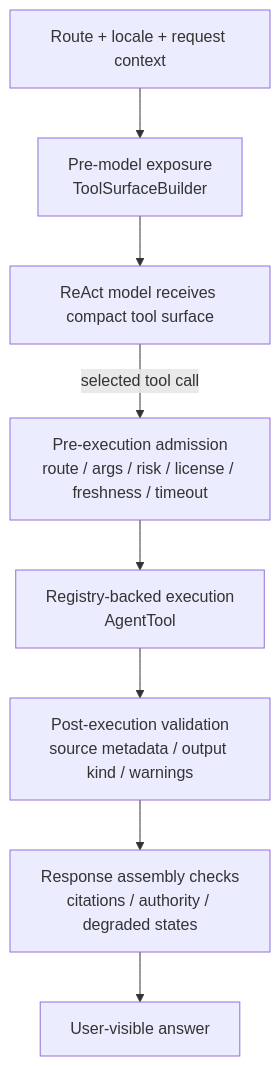
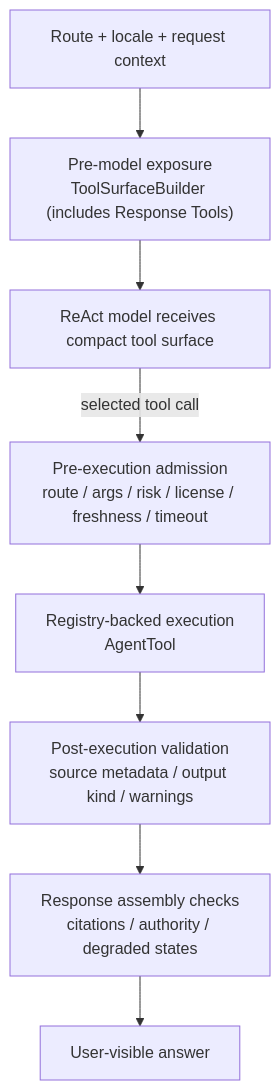
Diagram 17 of 18 in docs/domains/agent/ARCHITECTURE_DESIGN.md (d-dragon/dp-stock-investment-assistant), drawn with Mermaid before and after one commit. The commit also changed other lines of this file and 7 other files, not shown here.

Commit message:
docs(agent): 'structure outputs' - initialize architecture design, ADRs, requirements, technical design along with clarified roadmap.

````diff
--- a/docs/domains/agent/ARCHITECTURE_DESIGN.md
+++ b/docs/domains/agent/ARCHITECTURE_DESIGN.md
@@ -1222,10 +1251,10 @@
 ```mermaid
 flowchart TD
-  Route["Route + locale + request context"] --> Exposure["Pre-model exposure\nToolSurfaceBuilder"]
+  Route["Route + locale + request context"] --> Exposure["Pre-model exposure\nToolSurfaceBuilder (includes Response Tools)"]
   Exposure --> Model["ReAct model receives compact tool surface"]
   Model -->|"selected tool call"| Admission["Pre-execution admission\nroute / args / risk / license / freshness / timeout"]
   Admission --> Execution["Registry-backed execution\nAgentTool"]
   Execution --> Validation["Post-execution validation\nsource metadata / output kind / warnings"]
   Validation --> Assembly["Response assembly checks\ncitations / authority / degraded states"]
   Assembly --> Surface["User-visible answer"]
 ```
````
